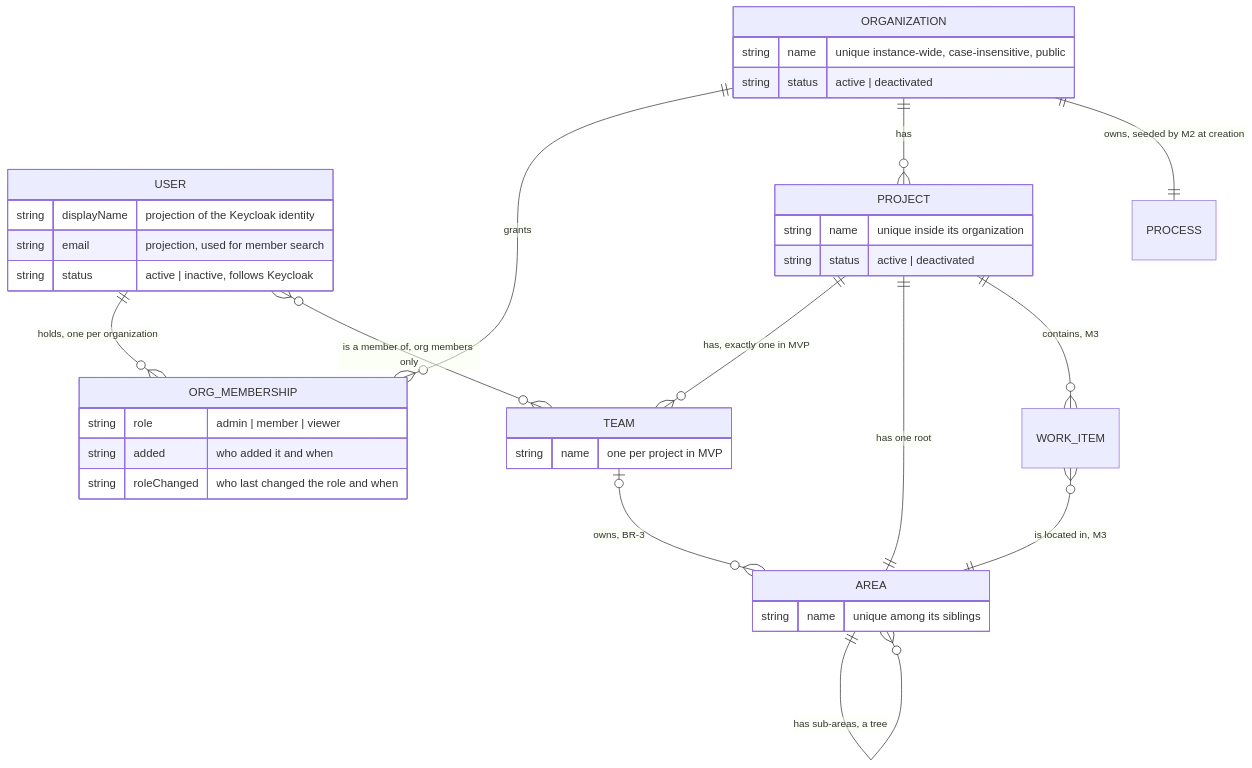
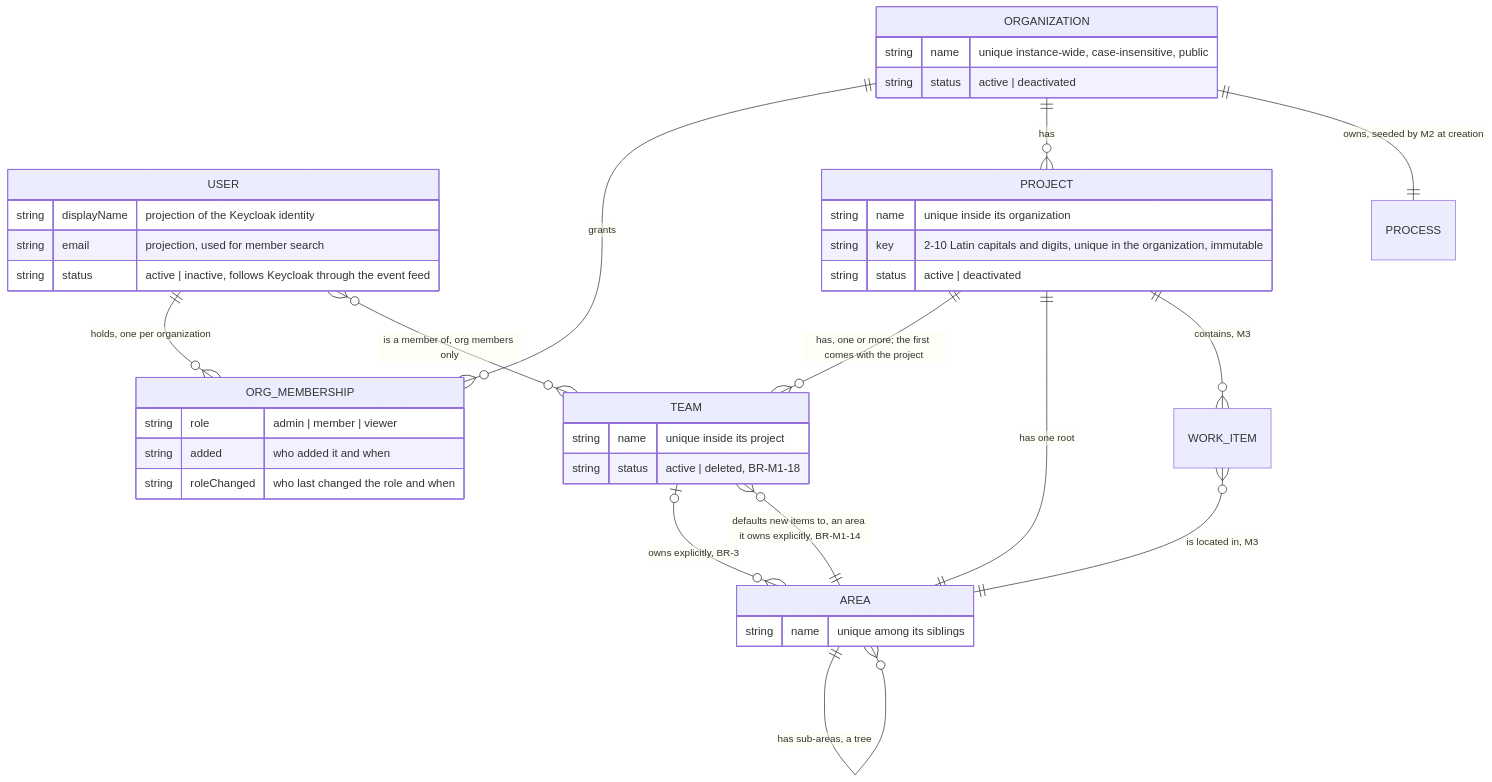
One commit to totKtoXam/mustask changed the fourth of 4 diagrams in docs/features/doc-006-org-access/spec.md. Above: the diagram before and after it, drawn with Mermaid. The commit also changed other lines of this file and 89 other files, not shown here.

````diff
--- a/docs/features/doc-006-org-access/spec.md
+++ b/docs/features/doc-006-org-access/spec.md
@@ -147,38 +196,41 @@
 ```mermaid
 erDiagram
     ORGANIZATION {
         string name "unique instance-wide, case-insensitive, public"
         string status "active | deactivated"
     }
     ORG_MEMBERSHIP {
         string role "admin | member | viewer"
         string added "who added it and when"
         string roleChanged "who last changed the role and when"
     }
     USER {
         string displayName "projection of the Keycloak identity"
         string email "projection, used for member search"
-        string status "active | inactive, follows Keycloak"
+        string status "active | inactive, follows Keycloak through the event feed"
     }
     PROJECT {
         string name "unique inside its organization"
+        string key "2-10 Latin capitals and digits, unique in the organization, immutable"
         string status "active | deactivated"
     }
     TEAM {
-        string name "one per project in MVP"
+        string name "unique inside its project"
+        string status "active | deleted, BR-M1-18"
     }
     AREA {
         string name "unique among its siblings"
     }
     ORGANIZATION ||--o{ ORG_MEMBERSHIP : "grants"
     USER ||--o{ ORG_MEMBERSHIP : "holds, one per organization"
     ORGANIZATION ||--o{ PROJECT : "has"
     ORGANIZATION ||--|| PROCESS : "owns, seeded by M2 at creation"
-    PROJECT ||--o{ TEAM : "has, exactly one in MVP"
+    PROJECT ||--o{ TEAM : "has, one or more; the first comes with the project"
     PROJECT ||--|| AREA : "has one root"
     AREA ||--o{ AREA : "has sub-areas, a tree"
-    TEAM |o--o{ AREA : "owns, BR-3"
+    TEAM |o--o{ AREA : "owns explicitly, BR-3"
+    TEAM }o--|| AREA : "defaults new items to, an area it owns explicitly, BR-M1-14"
     USER }o--o{ TEAM : "is a member of, org members only"
     WORK_ITEM }o--|| AREA : "is located in, M3"
     PROJECT ||--o{ WORK_ITEM : "contains, M3"
 ```
````
